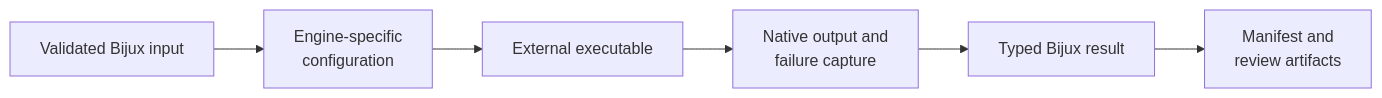
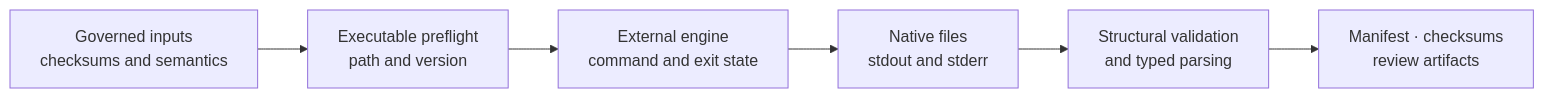
The diagram in docs/04-bijux-phylogenetics-parities/external-engines/index.md (bijux/bijux-phylogenetics), drawn with Mermaid before and after one commit. The commit also changed other lines of this file and 4 other files, not shown here.

Commit message:
docs(engines): define external execution correspondence

````diff
--- a/docs/04-bijux-phylogenetics-parities/external-engines/index.md
+++ b/docs/04-bijux-phylogenetics-parities/external-engines/index.md
@@ -17,11 +24,11 @@
 ```mermaid
 flowchart LR
-    input["Validated Bijux input"]
-    prepare["Engine-specific<br/>configuration"]
-    engine["External executable"]
-    capture["Native output and<br/>failure capture"]
-    parse["Typed Bijux result"]
-    bundle["Manifest and<br/>review artifacts"]
+    inputs["Governed inputs<br/>checksums and semantics"]
+    preflight["Executable preflight<br/>path and version"]
+    execution["External engine<br/>command and exit state"]
+    native["Native files<br/>stdout and stderr"]
+    validation["Structural validation<br/>and typed parsing"]
+    record["Manifest · checksums<br/>review artifacts"]
 
-    input --> prepare --> engine --> capture --> parse --> bundle
+    inputs --> preflight --> execution --> native --> validation --> record
 ```
````
